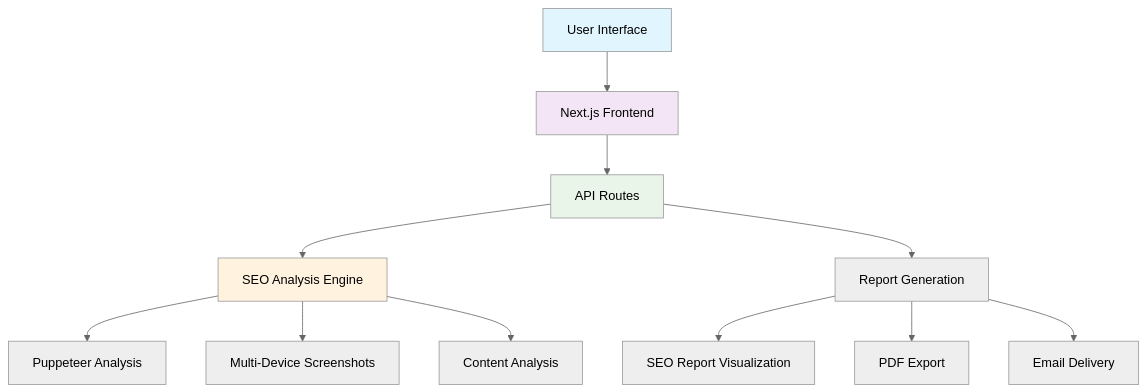
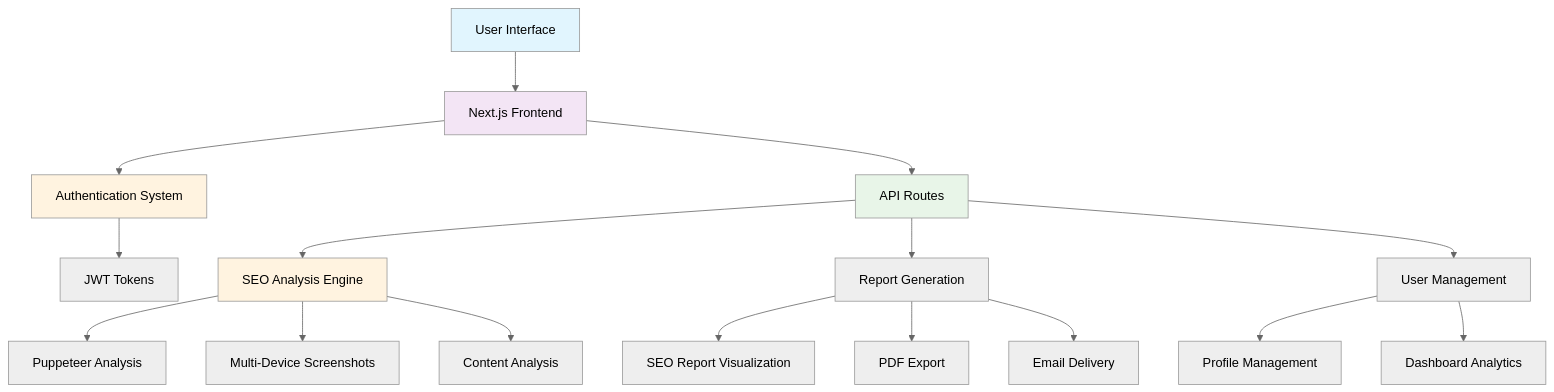
The diagram in README.md (amine-CS96/SEO-Expert), drawn with Mermaid (neutral theme) before and after one commit. The commit also changed other lines of this file, not shown here.

````diff
--- a/README.md
+++ b/README.md
@@ -126,18 +147,24 @@
 ```mermaid
 graph TB
     A[User Interface] --> B[Next.js Frontend]
-    B --> C[API Routes]
-    C --> D[SEO Analysis Engine]
-    D --> E[Puppeteer Analysis]
-    D --> F[Multi-Device Screenshots]
-    D --> G[Content Analysis]
-    C --> H[Report Generation]
-    H --> I[SEO Report Visualization]
-    H --> J[PDF Export]
-    H --> K[Email Delivery]
+    B --> C[Authentication System]
+    C --> D[JWT Tokens]
+    B --> E[API Routes]
+    E --> F[SEO Analysis Engine]
+    F --> G[Puppeteer Analysis]
+    F --> H[Multi-Device Screenshots]
+    F --> I[Content Analysis]
+    E --> J[Report Generation]
+    J --> P[SEO Report Visualization]
+    J --> K[PDF Export]
+    J --> L[Email Delivery]
+    E --> M[User Management]
+    M --> N[Profile Management]
+    M --> O[Dashboard Analytics]
     
     style A fill:#e1f5fe
     style B fill:#f3e5f5
-    style C fill:#e8f5e8
-    style D fill:#fff3e0
+    style C fill:#fff3e0
+    style E fill:#e8f5e8
+    style F fill:#fff3e0
 ```
````
